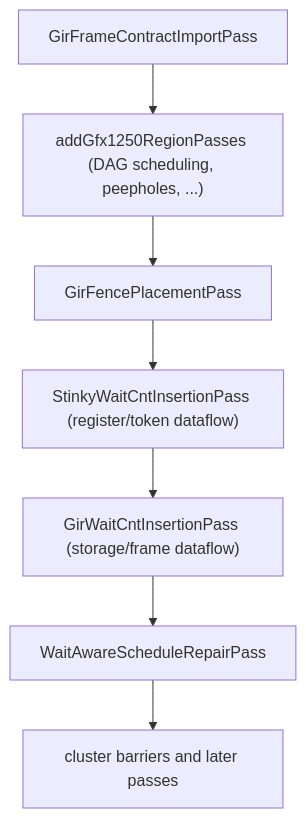
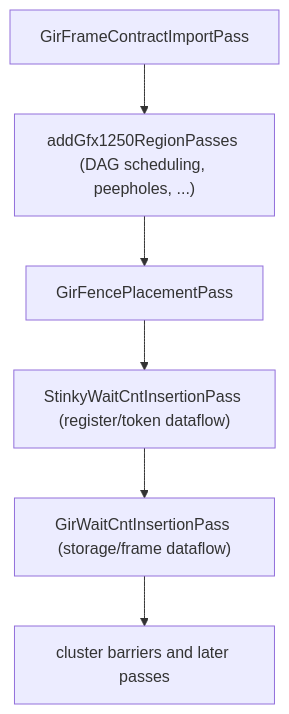
Before and after one commit to hcman2/rocm-libraries: the diagram in shared/stinkytofu/docs/developer/gir-frame-passes.md, drawn with Mermaid.

````diff
--- a/shared/stinkytofu/docs/developer/gir-frame-passes.md
+++ b/shared/stinkytofu/docs/developer/gir-frame-passes.md
@@ -32,9 +32,8 @@
 ```mermaid
 flowchart TD
   imp["GirFrameContractImportPass"] --> region["addGfx1250RegionPasses (DAG scheduling, peepholes, ...)"]
   region --> fence["GirFencePlacementPass"]
   fence --> swait["StinkyWaitCntInsertionPass (register/token dataflow)"]
   swait --> gwait["GirWaitCntInsertionPass (storage/frame dataflow)"]
-  gwait --> repair["WaitAwareScheduleRepairPass"]
-  repair --> later["cluster barriers and later passes"]
+  gwait --> later["cluster barriers and later passes"]
 ```
````
